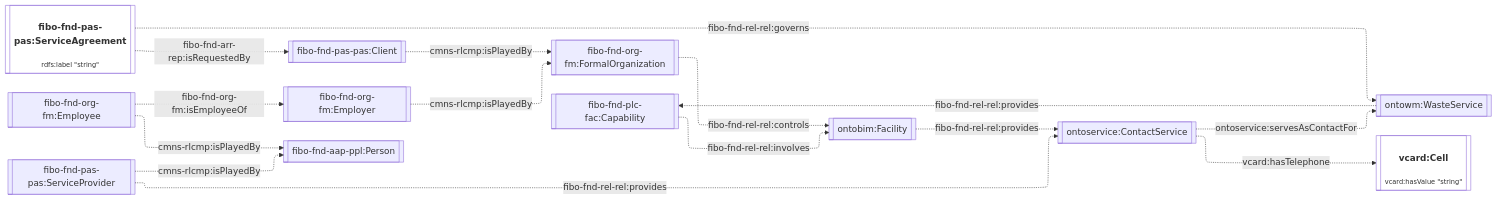
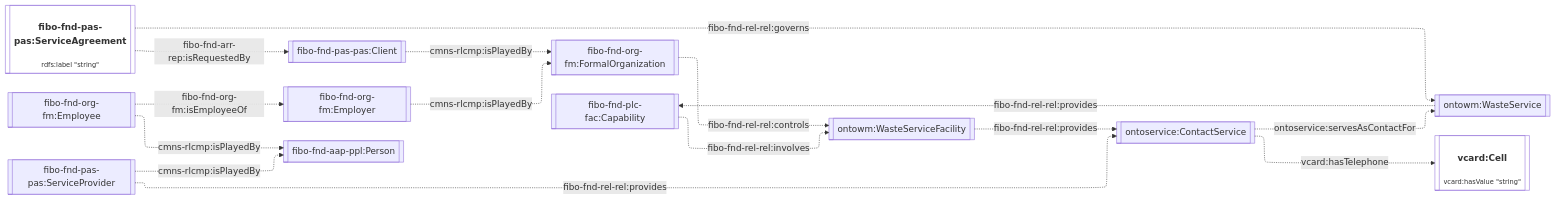
Before and after one commit to TheWorldAvatar/ontology: the eighth of 18 diagrams in ontology/ontowastemanagement/README.md, drawn with Mermaid. The commit also changed other lines of this file and 2 other files, not shown here.

Commit message:
ctlao/ontowastemanagement-service-site: added new class WasteServiceFacility to ontowastemanagement.

````diff
--- a/ontology/ontowastemanagement/README.md
+++ b/ontology/ontowastemanagement/README.md
@@ -210,26 +211,26 @@
 ```mermaid
 %%{init: {"flowchart": {"defaultRenderer": "elk"}} }%%
 flowchart LR
     %% Styling
     classDef literal fill:none
     classDef node overflow-wrap:break-word,text-wrap:pretty
     linkStyle default overflow-wrap:break-word,text-wrap:pretty;
 
     %% Contents
     Agreement[["<h4>fibo-fnd-pas-pas:ServiceAgreement</h4><p style='font-size:0.75rem;'>rdfs:label &quot;string&quot;</p>"]]:::literal -. fibo-fnd-rel-rel:governs .-> Service[[ontowm:WasteService]]
     Agreement -. fibo-fnd-arr-rep:isRequestedBy .-> Client[[fibo-fnd-pas-pas:Client]]
     Employer[[fibo-fnd-org-fm:Employer]] -. cmns-rlcmp:isPlayedBy .-> Org[[fibo-fnd-org-fm:FormalOrganization]]
     Client -. cmns-rlcmp:isPlayedBy .-> Org
 
     Employee[[fibo-fnd-org-fm:Employee]] -. cmns-rlcmp:isPlayedBy .-> Person[[fibo-fnd-aap-ppl:Person]]
     Employee -. fibo-fnd-org-fm:isEmployeeOf .-> Employer
     ServiceProvider[[fibo-fnd-pas-pas:ServiceProvider]] -. cmns-rlcmp:isPlayedBy .-> Person[[fibo-fnd-aap-ppl:Person]]
     ServiceProvider -. fibo-fnd-rel-rel:provides .-> ContactService[[ontoservice:ContactService]]
     ContactService -. ontoservice:servesAsContactFor .-> Service
     ContactService -. vcard:hasTelephone .-> Cell[["<h4>vcard:Cell</h4><p style='font-size:0.75rem;'>vcard:hasValue &quot;string&quot;</p>"]]:::literal
 
     Service -. fibo-fnd-rel-rel:provides .-> Capability[[fibo-fnd-plc-fac:Capability]]
-    Capability -. fibo-fnd-rel-rel:involves .-> Facility[[ontobim:Facility]]
-    Org -. fibo-fnd-rel-rel:controls .-> Facility
-    Facility[[ontobim:Facility]] -. fibo-fnd-rel-rel:provides .-> ContactService[[ontoservice:ContactService]]
+    Capability -. fibo-fnd-rel-rel:involves .-> WasteServiceFacility[[ontowm:WasteServiceFacility]]
+    Org -. fibo-fnd-rel-rel:controls .-> WasteServiceFacility
+    WasteServiceFacility -. fibo-fnd-rel-rel:provides .-> ContactService[[ontoservice:ContactService]]
 ```
````
